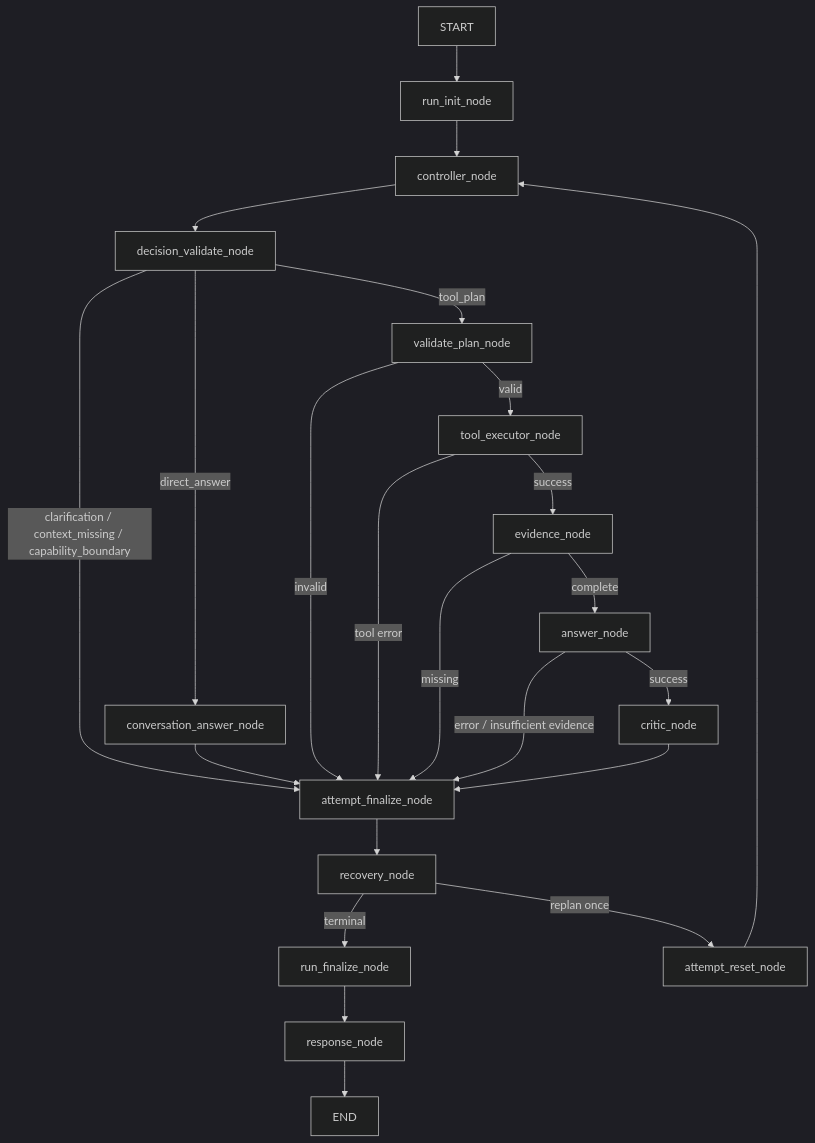
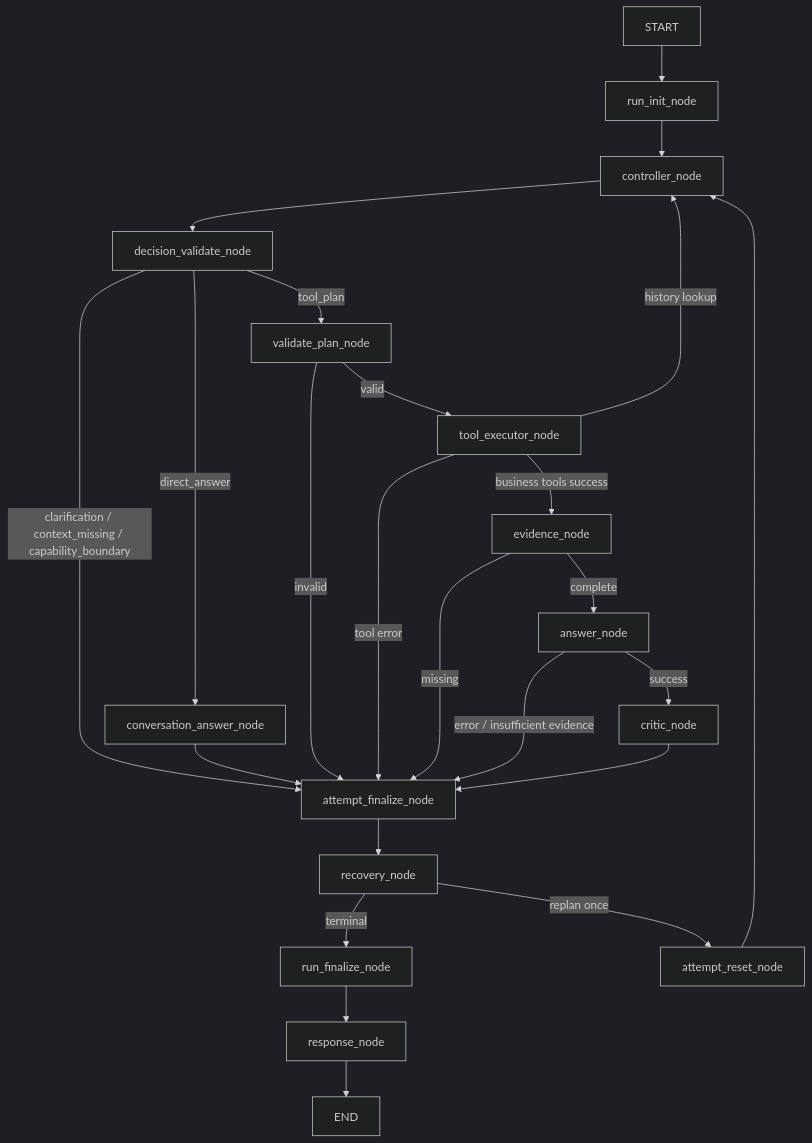
The diagram in docs/design/architecture/DotaMind_V3_node_tool_edge_inventory.md (Philip23333/DotaMind), drawn with Mermaid (dark theme) before and after one commit. The commit also changed other lines of this file and 25 other files, not shown here.

````diff
--- a/docs/design/architecture/DotaMind_V3_node_tool_edge_inventory.md
+++ b/docs/design/architecture/DotaMind_V3_node_tool_edge_inventory.md
@@ -11,25 +11,26 @@
 ```mermaid
 flowchart TD
     Start["START"] --> RunInit["run_init_node"]
     RunInit --> Controller["controller_node"]
     Controller --> DecisionValidate["decision_validate_node"]
     DecisionValidate -->|"direct_answer"| Conversation["conversation_answer_node"]
     DecisionValidate -->|"clarification / context_missing / capability_boundary"| AttemptFinalize["attempt_finalize_node"]
     DecisionValidate -->|"tool_plan"| Validate["validate_plan_node"]
     Conversation --> AttemptFinalize
     Validate -->|"valid"| Tools["tool_executor_node"]
     Validate -->|"invalid"| AttemptFinalize
-    Tools -->|"success"| Evidence["evidence_node"]
+    Tools -->|"history lookup"| Controller
+    Tools -->|"business tools success"| Evidence["evidence_node"]
     Tools -->|"tool error"| AttemptFinalize
     Evidence -->|"complete"| Answer["answer_node"]
     Evidence -->|"missing"| AttemptFinalize
     Answer -->|"success"| Critic["critic_node"]
     Answer -->|"error / insufficient evidence"| AttemptFinalize
     Critic --> AttemptFinalize
     AttemptFinalize --> Recovery["recovery_node"]
     Recovery -->|"terminal"| RunFinalize["run_finalize_node"]
     Recovery -->|"replan once"| AttemptReset["attempt_reset_node"]
     AttemptReset --> Controller
     RunFinalize --> Response["response_node"]
     Response --> End["END"]
 ```
````
